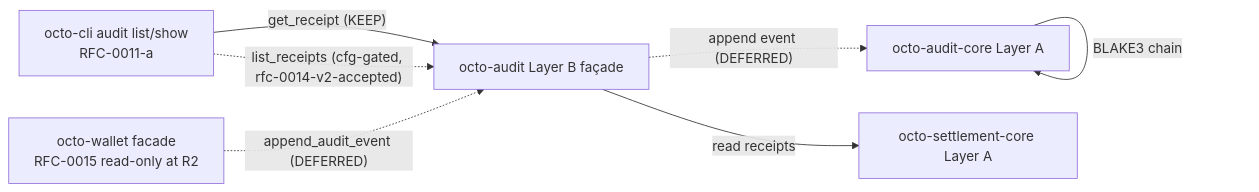
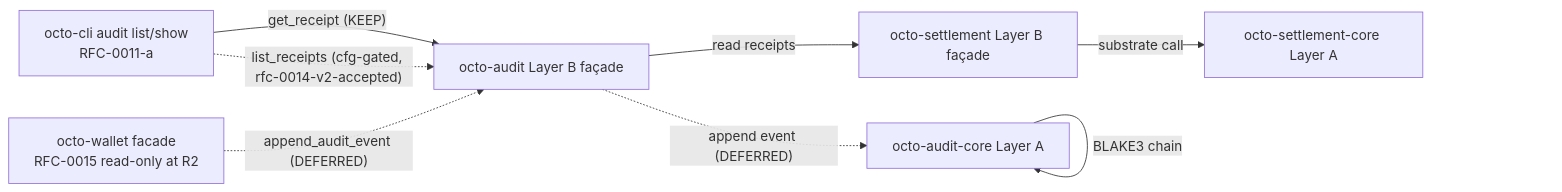
One commit to CipherOcto/cipherocto changed the first of 2 diagrams in rfcs/draft/process/0016-audit-receipt-api.md. Above: the diagram before and after it, drawn with Mermaid. The commit also changed other lines of this file and 1 other file, not shown here.

````diff
--- a/rfcs/draft/process/0016-audit-receipt-api.md
+++ b/rfcs/draft/process/0016-audit-receipt-api.md
@@ -111,15 +111,17 @@
 ```mermaid
 graph LR
   AuditCLI[octo-cli audit list/show<br>RFC-0011-a]
   Wallet[octo-wallet facade<br>RFC-0015 read-only at R2]
   Audit[octo-audit Layer B façade]
   AuditCore[octo-audit-core Layer A]
-  Settle[octo-settlement-core Layer A]
+  Settle[octo-settlement Layer B façade]
+  SettleCore[octo-settlement-core Layer A]
 
   AuditCLI -- "get_receipt (KEEP)" --> Audit
   AuditCLI -. "list_receipts (cfg-gated, rfc-0014-v2-accepted)" .-> Audit
   Wallet -. "append_audit_event (DEFERRED)" .-> Audit
   Audit -. "append event (DEFERRED)" .-> AuditCore
   Audit -- "read receipts" --> Settle
+  Settle -- "substrate call" --> SettleCore
   AuditCore -- "BLAKE3 chain" --> AuditCore
 ```
````
